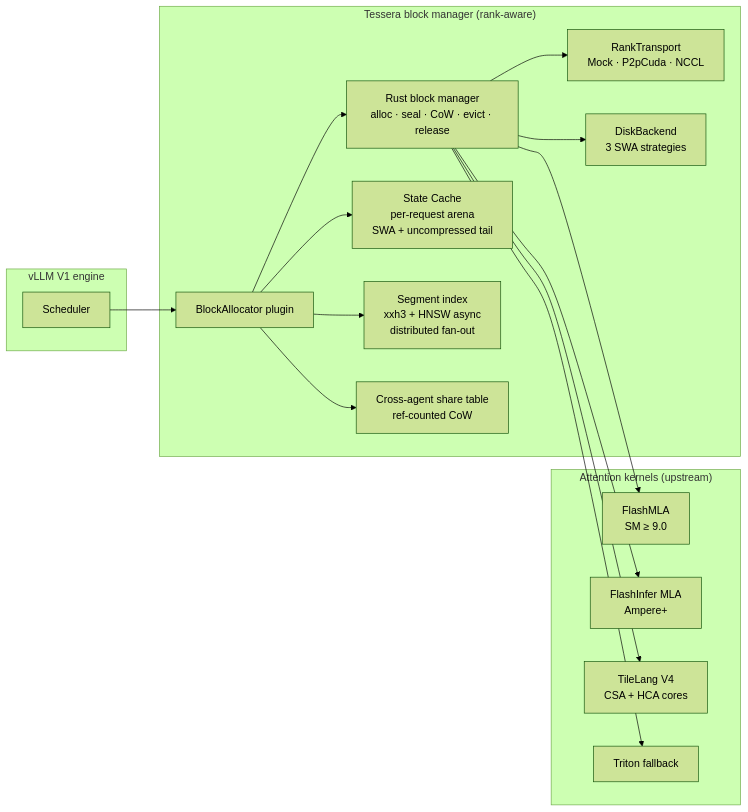
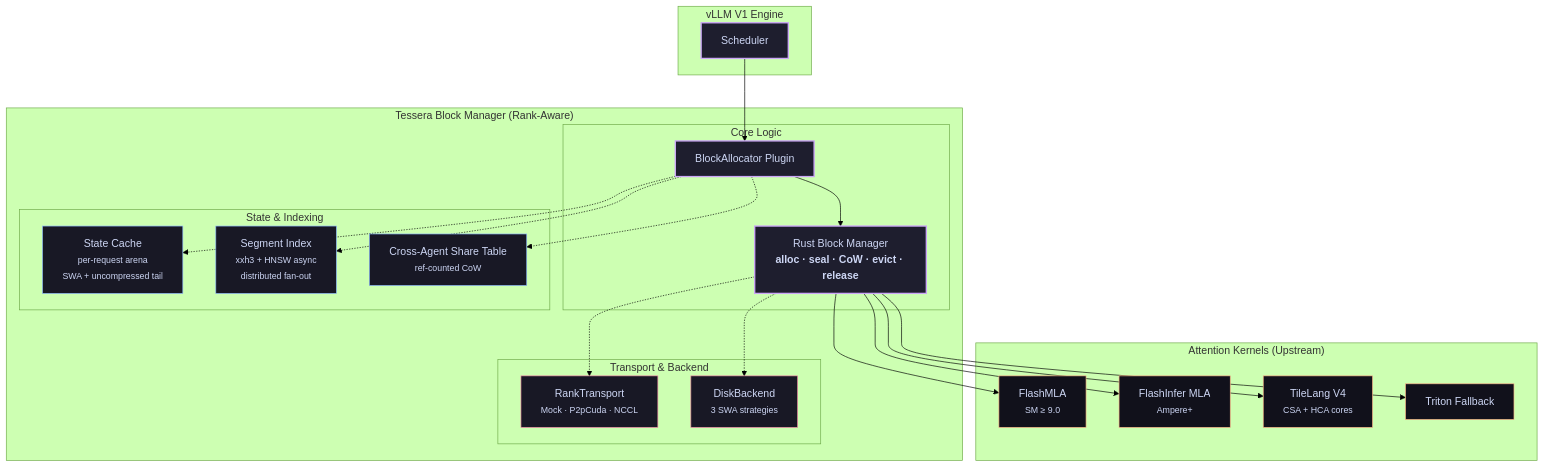
The diagram in README.md (angelnicolasc/Tessera), drawn with Mermaid (forest theme) before and after one commit. The commit also changed other lines of this file, not shown here.

Commit message:
Fix badge links and update flowchart labels

````diff
--- a/README.md
+++ b/README.md
@@ -32,33 +32,55 @@
 ```mermaid
-flowchart LR
-    subgraph vLLM["vLLM V1 engine"]
-        S[Scheduler]
-    end
-    subgraph Tessera["Tessera block manager (rank-aware)"]
-        BA[BlockAllocator plugin]
-        BM[Rust block manager<br/>alloc · seal · CoW · evict · release]
-        SC[State Cache<br/>per-request arena<br/>SWA + uncompressed tail]
-        SI[Segment index<br/>xxh3 + HNSW async<br/>distributed fan-out]
-        ST[Cross-agent share table<br/>ref-counted CoW]
-        RT[RankTransport<br/>Mock · P2pCuda · NCCL]
-        DK[DiskBackend<br/>3 SWA strategies]
-    end
-    subgraph Kernels["Attention kernels (upstream)"]
-        FMLA[FlashMLA<br/>SM ≥ 9.0]
-        FINF[FlashInfer MLA<br/>Ampere+]
-        TILE[TileLang V4<br/>CSA + HCA cores]
-        TRI[Triton fallback]
+flowchart TB
+    %% Estilos de los nodos (Paleta Mocha/Oscura limpia)
+    classDef core fill:#1e1e2e,stroke:#cba6f7,color:#cdd6f4,stroke-width:2px;
+    classDef cache fill:#181825,stroke:#89b4fa,color:#cdd6f4;
+    classDef io fill:#181825,stroke:#f38ba8,color:#cdd6f4;
+    classDef kernel fill:#11111b,stroke:#fab387,color:#cdd6f4;
+
+    subgraph vLLM["vLLM V1 Engine"]
+        S[Scheduler]:::core
     end
 
+    subgraph Tessera["Tessera Block Manager (Rank-Aware)"]
+        subgraph TesseraCore["Core Logic"]
+            BA[BlockAllocator Plugin]:::core
+            BM["Rust Block Manager<br/><b>alloc · seal · CoW · evict · release</b>"]:::core
+        end
+
+        subgraph TesseraStorage["State & Indexing"]
+            SC["State Cache<br/><small>per-request arena<br/>SWA + uncompressed tail</small>"]:::cache
+            SI["Segment Index<br/><small>xxh3 + HNSW async<br/>distributed fan-out</small>"]:::cache
+            ST["Cross-Agent Share Table<br/><small>ref-counted CoW</small>"]:::cache
+        end
+
+        subgraph TesseraIO["Transport & Backend"]
+            RT["RankTransport<br/><small>Mock · P2pCuda · NCCL</small>"]:::io
+            DK["DiskBackend<br/><small>3 SWA strategies</small>"]:::io
+        end
+    end
+
+    subgraph Kernels["Attention Kernels (Upstream)"]
+        FMLA["FlashMLA<br/><small>SM ≥ 9.0</small>"]:::kernel
+        FINF["FlashInfer MLA<br/><small>Ampere+</small>"]:::kernel
+        TILE["TileLang V4<br/><small>CSA + HCA cores</small>"]:::kernel
+        TRI["Triton Fallback"]:::kernel
+    end
+
+    %% Flujo Principal de Ejecución
     S --> BA
     BA --> BM
-    BA --> SC
-    BA --> SI
-    BA --> ST
-    BM --> RT
-    BM --> DK
+
+    %% Conexiones de Soporte / Estado (Líneas punteadas para limpiar la vista)
+    BA -.-> SC
+    BA -.-> SI
+    BA -.-> ST
+    
+    BM -.-> RT
+    BM -.-> DK
+
+    %% Despacho a Kernels de Cómputo
     BM --> FMLA
     BM --> FINF
     BM --> TILE
     BM --> TRI
 ```
````
